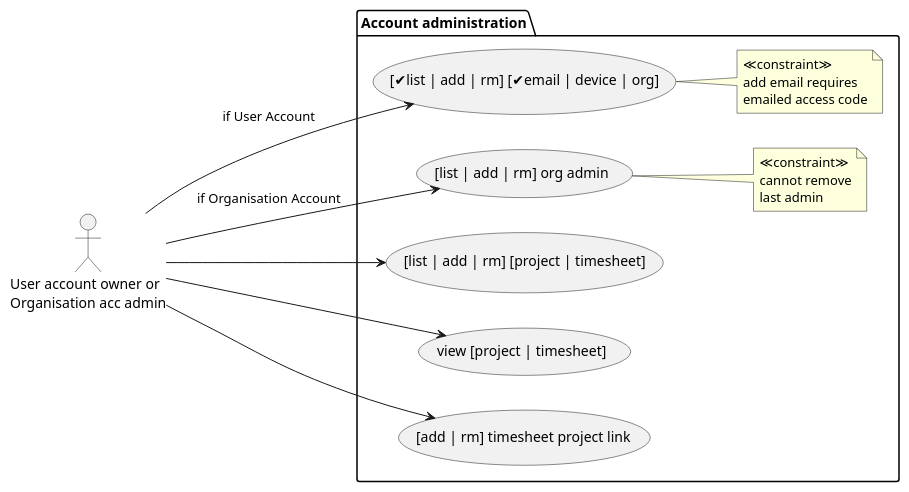
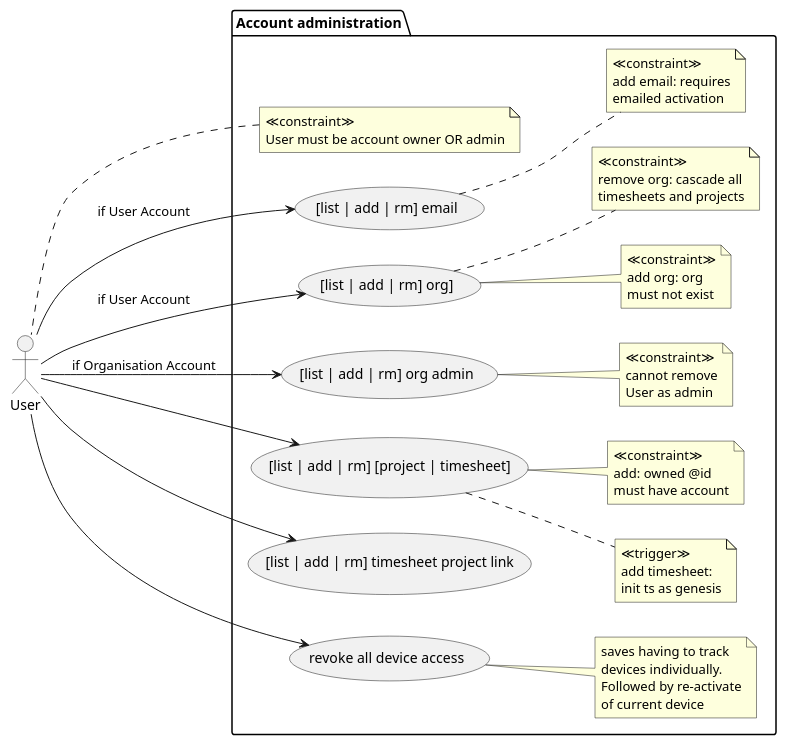
Before and after one commit to m-ld/timeld: the diagram in architecture/use-case/administration.use-case.puml, drawn with PlantUML. The commit also changed 23 other files, not shown here.

Commit message:
#16: Listing, adding, removing orgs, org admins, projects & timesheets in CLI admin session (WIP)

```diff
--- a/architecture/use-case/administration.use-case.puml
+++ b/architecture/use-case/administration.use-case.puml
@@ -1,24 +1,66 @@
 @startuml
 'https://plantuml.com/use-case-diagram
 left to right direction
 
-actor "User account owner or\nOrganisation acc admin" as user
+actor User
 package "Account administration" {
-  user --> ([✔︎list | add | rm] [✔︎email | device | org]): if User Account
-  note right
+  note top
     ≪constraint≫
-    add email requires
-    emailed access code
+    User must be account owner OR admin
   end note
-  user --> ([list | add | rm] org admin): if Organisation Account
-  note right
+
+  usecase userAdminEmail as ([list | add | rm] email)
+  User --> userAdminEmail: if User Account
+  note right of userAdminEmail
+    ' TODO
+    ≪constraint≫
+    add email: requires
+    emailed activation
+  end note
+
+  usecase userAdminOrg as ([list | add | rm] org])
+  User --> userAdminOrg: if User Account
+  note right of userAdminOrg
+    ≪constraint≫
+    add org: org
+    must not exist
+  end note
+  note right of userAdminOrg
+    ≪constraint≫
+    remove org: cascade all
+    timesheets and projects
+  end note
+  usecase orgAdmin as ([list | add | rm] org admin)
+  User --> orgAdmin: if Organisation Account
+  note right of orgAdmin
     ≪constraint≫
     cannot remove
-    last admin
+    User as admin
   end note
-  user --> ([list | add | rm] [project | timesheet])
-  user --> (view [project | timesheet])
-  user --> ([add | rm] timesheet project link)
+
+  usecase ownedAdmin as ([list | add | rm] [project | timesheet])
+  User --> ownedAdmin
+  note right of ownedAdmin
+    ≪trigger≫
+    add timesheet:
+    init ts as genesis
+  end note
+  note right of ownedAdmin
+    ≪constraint≫
+    add: owned @id
+    must have account
+  end note
+
+  User --> ([list | add | rm] timesheet project link)
+
+  ' TODO
+  User --> (revoke all device access)
+  note right
+    saves having to track
+    devices individually.
+    Followed by re-activate
+    of current device
+  end note
 }
 
 @enduml
```
